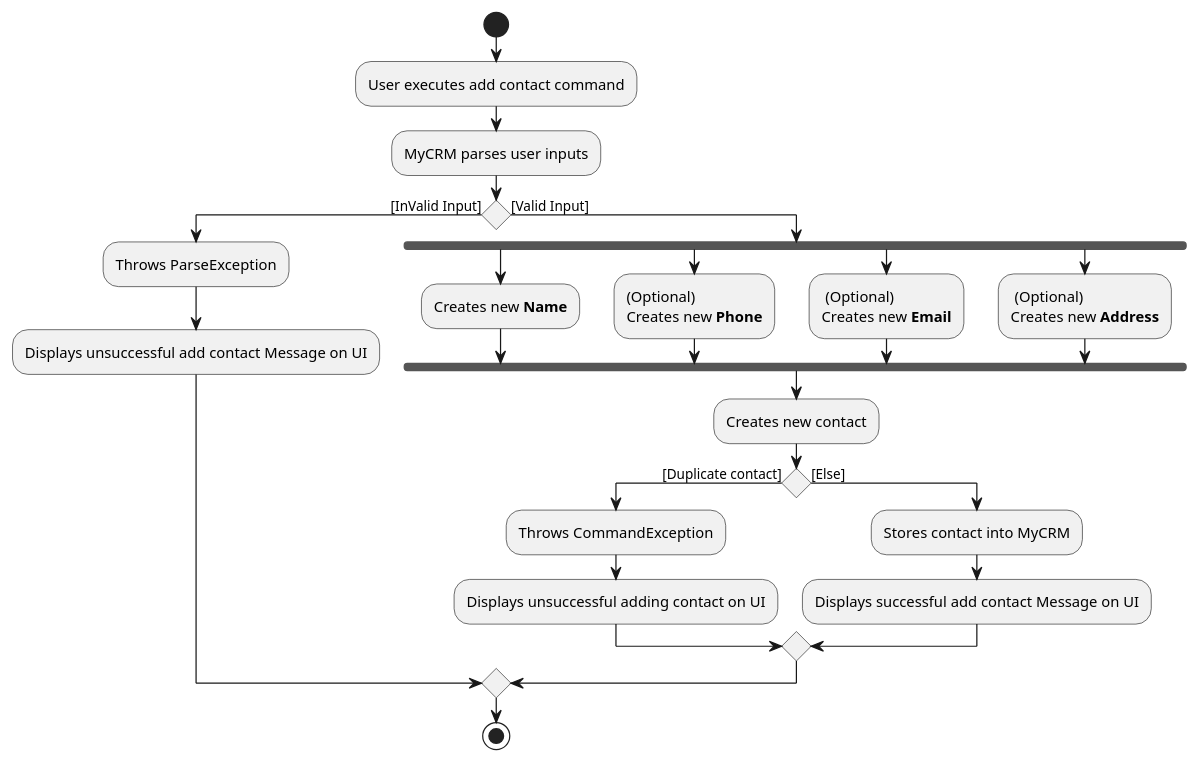
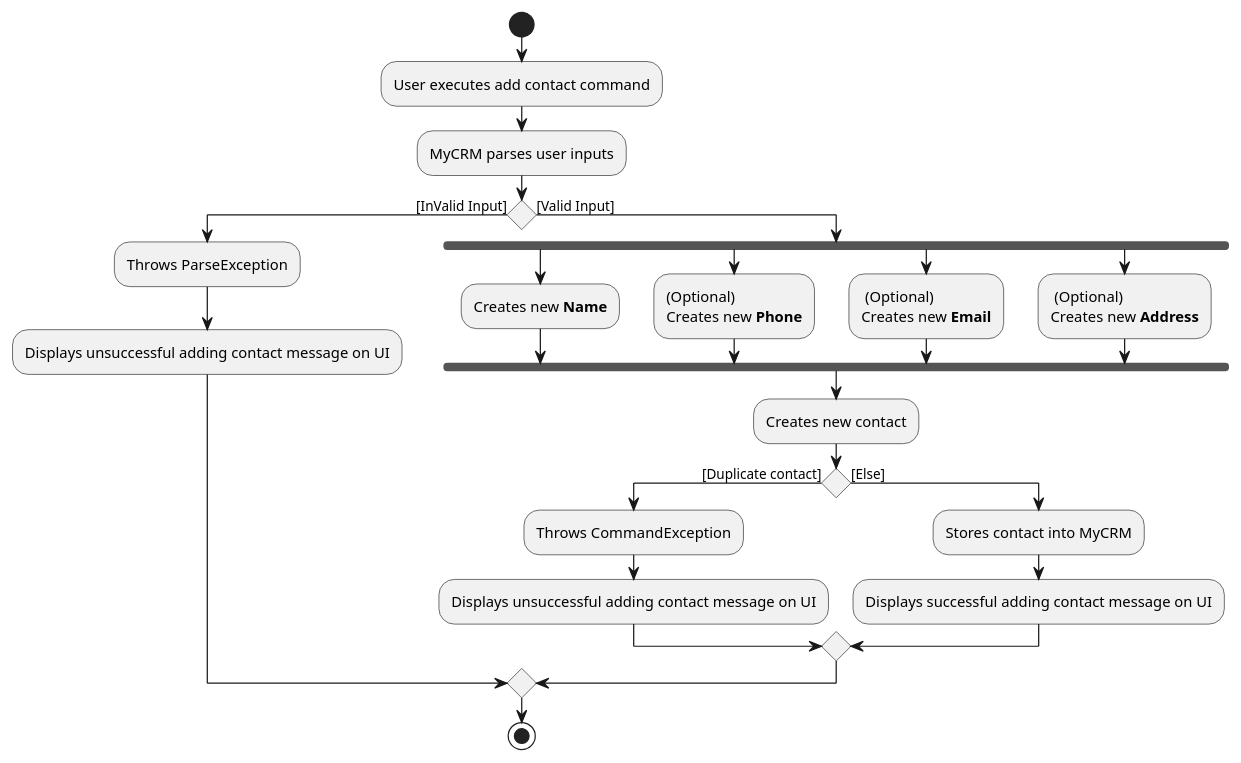
One commit to ooawagaeri/tp changed the diagram in docs/diagrams/contact/AddContactActivityDiagram.puml. Above: the diagram before and after it, drawn with PlantUML. The commit also changed 16 other files, not shown here.

Commit message:
Update format of diagrams and ppp

```diff
--- a/docs/diagrams/contact/AddContactActivityDiagram.puml
+++ b/docs/diagrams/contact/AddContactActivityDiagram.puml
@@ -1,31 +1,31 @@
 @startuml
 start
 :User executes add contact command;
 :MyCRM parses user inputs;
 if() then ([InValid Input])
     :Throws ParseException;
-    :Displays unsuccessful add contact Message on UI;
+    :Displays unsuccessful adding contact message on UI;
 else ([Valid Input])
     fork
     :Creates new **Name**;
     fork again
     :(Optional)
     Creates new **Phone**;
     fork again
     : (Optional)
     Creates new **Email**;
     fork again
     : (Optional)
     Creates new **Address**;
     end fork
     :Creates new contact;
     if () then ([Duplicate contact])
       :Throws CommandException;
-      :Displays unsuccessful adding contact on UI;
+      :Displays unsuccessful adding contact message on UI;
     else ([Else])
     :Stores contact into MyCRM;
-    :Displays successful add contact Message on UI;
+    :Displays successful adding contact message on UI;
     endif
 endif;
 stop
 @enduml
```
